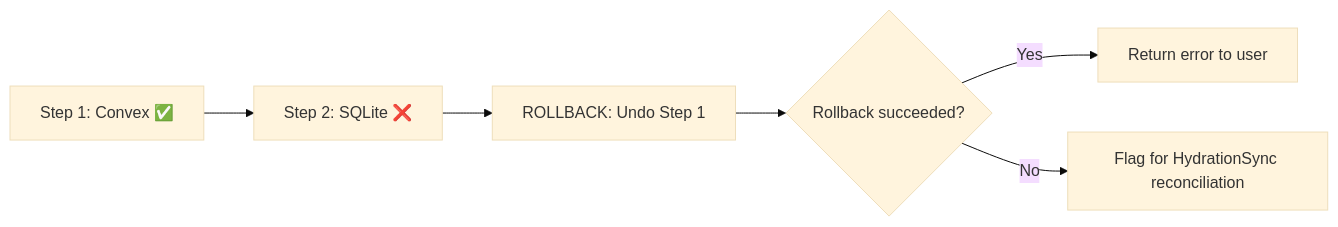
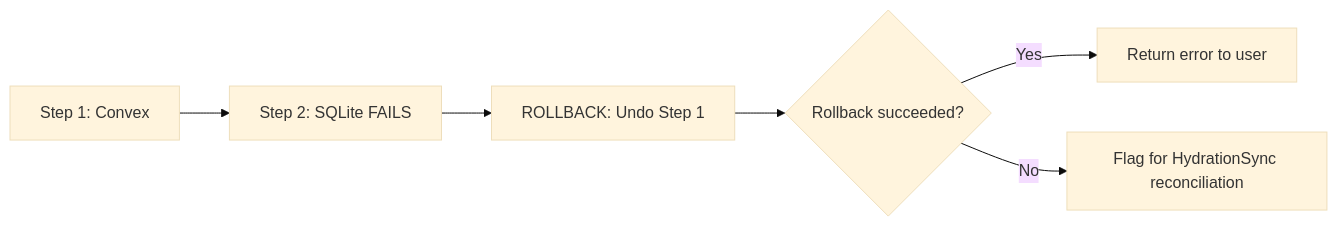
One commit to Maajith9127/mintlify-docs changed the second of 2 diagrams in architecture/write-gate.mdx. Above: the diagram before and after it, drawn with Mermaid (base theme). The commit also changed other lines of this file and 69 other files, not shown here.

````diff
--- a/architecture/write-gate.mdx
+++ b/architecture/write-gate.mdx
@@ -129,8 +143,8 @@
 ```mermaid
 flowchart LR
-    A["Step 1: Convex ✅"] --> B["Step 2: SQLite ❌"]
+    A["Step 1: Convex"] --> B["Step 2: SQLite FAILS"]
     B --> C["ROLLBACK: Undo Step 1"]
     C --> D{"Rollback succeeded?"}
     D -->|Yes| E["Return error to user"]
     D -->|No| F["Flag for HydrationSync reconciliation"]
 ```
````
